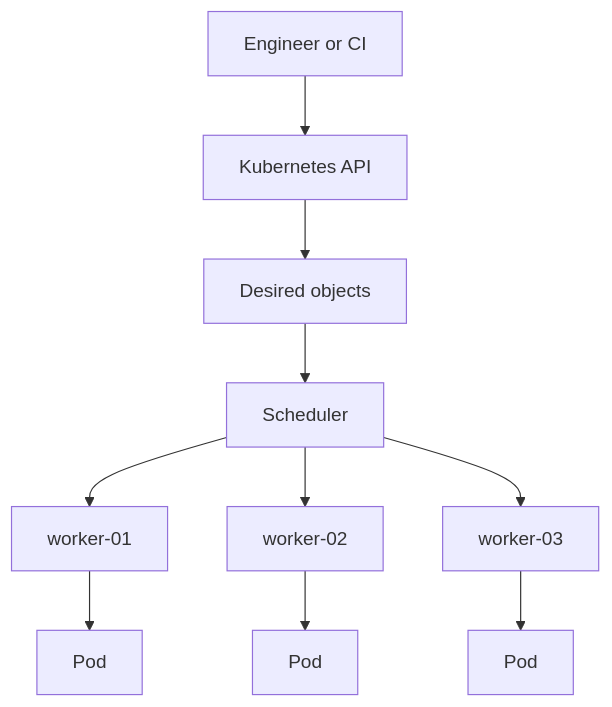
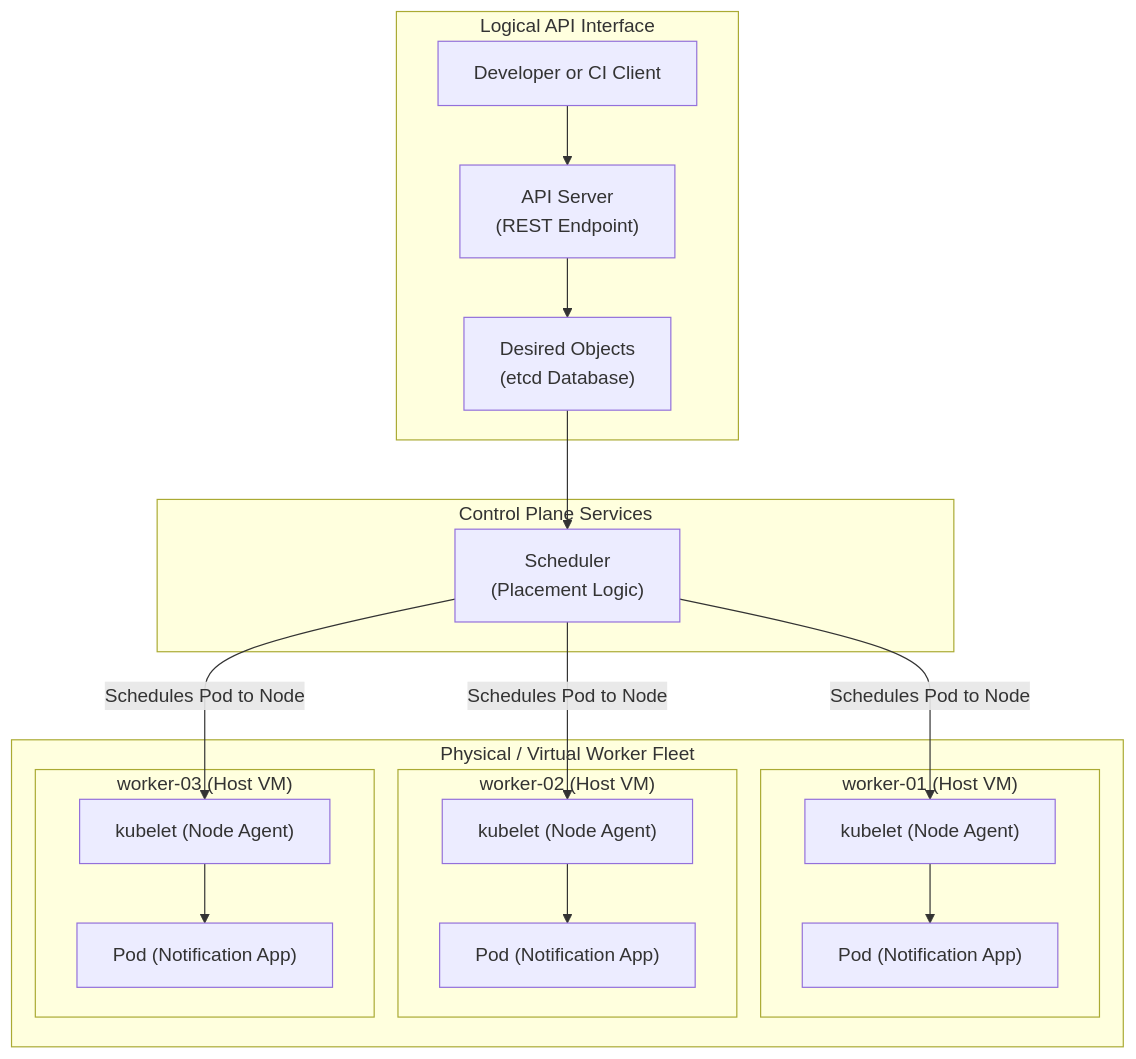
The first of 3 diagrams in containers-orchestration/kubernetes/fundamentals/why-kubernetes-exists.md (senlinyy/dev-roadmaps), drawn with Mermaid before and after one commit. The commit also changed other lines of this file and 343 other files, not shown here.

````diff
--- a/containers-orchestration/kubernetes/fundamentals/why-kubernetes-exists.md
+++ b/containers-orchestration/kubernetes/fundamentals/why-kubernetes-exists.md
@@ -94,12 +139,24 @@
 ```mermaid
 flowchart TD
-    A["Engineer or CI"] --> B["Kubernetes API"]
-    B --> C["Desired objects"]
-    C --> D["Scheduler"]
-    D --> E["worker-01"]
-    D --> F["worker-02"]
-    D --> G["worker-03"]
-    E --> H["Pod"]
-    F --> I["Pod"]
-    G --> J["Pod"]
+    subgraph LogicalUserSpace["Logical API Interface"]
+        A["Developer or CI Client"] --> B["API Server<br/>(REST Endpoint)"]
+        B --> C["Desired Objects<br/>(etcd Database)"]
+    end
+    subgraph ControlPlane["Control Plane Services"]
+        C --> D["Scheduler<br/>(Placement Logic)"]
+    end
+    subgraph WorkerHosts["Physical / Virtual Worker Fleet"]
+        subgraph Node01["worker-01 (Host VM)"]
+            E["kubelet (Node Agent)"] --> H["Pod (Notification App)"]
+        end
+        subgraph Node02["worker-02 (Host VM)"]
+            F["kubelet (Node Agent)"] --> I["Pod (Notification App)"]
+        end
+        subgraph Node03["worker-03 (Host VM)"]
+            G["kubelet (Node Agent)"] --> J["Pod (Notification App)"]
+        end
+    end
+    D --> |Schedules Pod to Node| E
+    D --> |Schedules Pod to Node| F
+    D --> |Schedules Pod to Node| G
 ```
````
